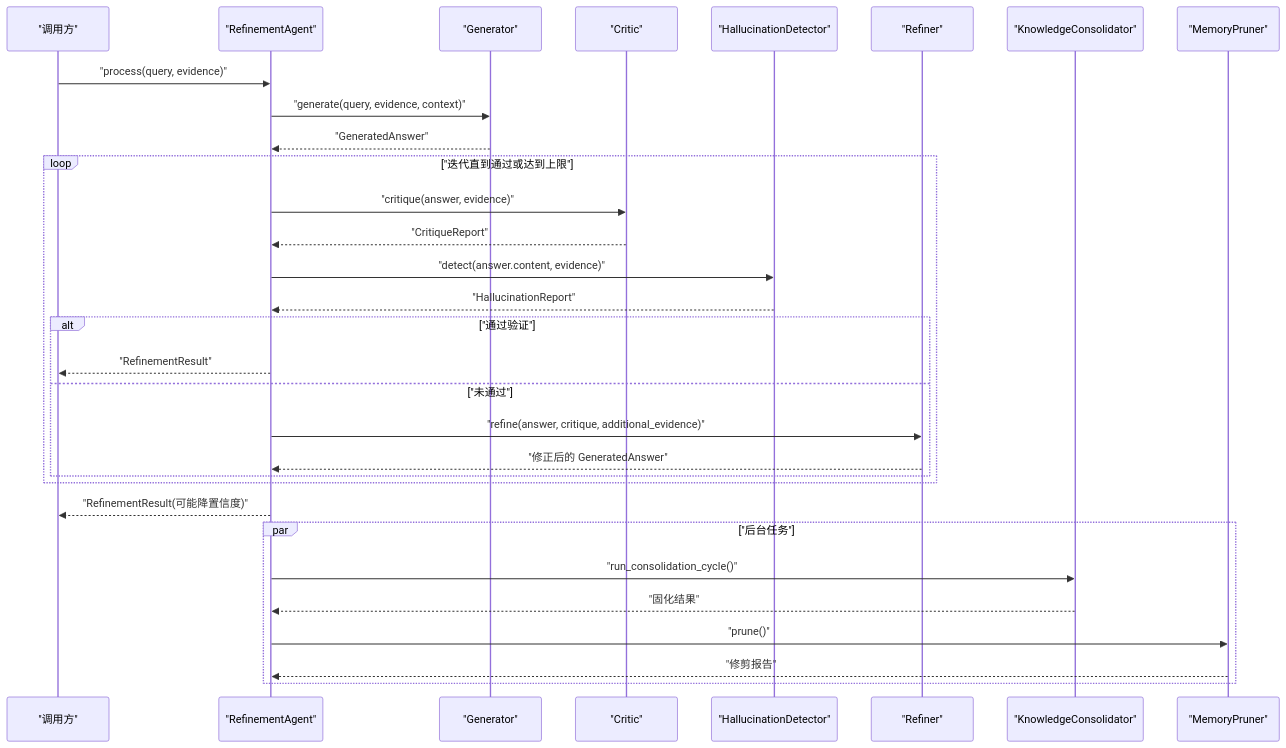
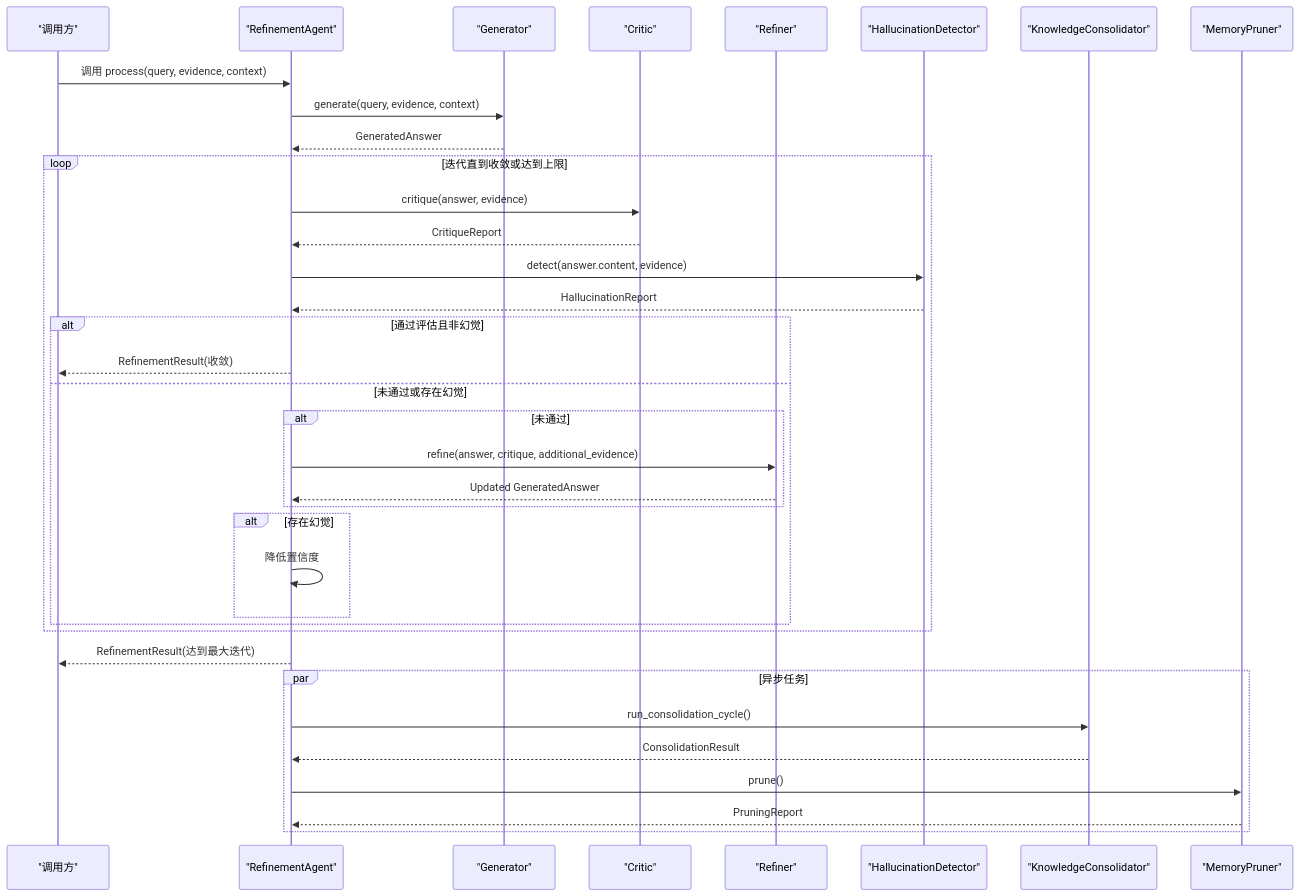
One commit to JieGaoPrinceton/NecoRAG changed the second of 5 diagrams in .qoder/repowiki/zh/content/巩固层模块/重构器组件.md. Above: the diagram before and after it, drawn with Mermaid. The commit also changed other lines of this file and 181 other files, not shown here.

````diff
--- a/.qoder/repowiki/zh/content/巩固层模块/重构器组件.md
+++ b/.qoder/repowiki/zh/content/巩固层模块/重构器组件.md
@@ -99,33 +104,38 @@
 ```mermaid
 sequenceDiagram
 participant U as "调用方"
 participant RA as "RefinementAgent"
-participant G as "Generator"
-participant C as "Critic"
-participant H as "HallucinationDetector"
-participant R as "Refiner"
-participant KC as "KnowledgeConsolidator"
-participant MP as "MemoryPruner"
-U->>RA : "process(query, evidence)"
-RA->>G : "generate(query, evidence, context)"
-G-->>RA : "GeneratedAnswer"
-loop "迭代直到通过或达到上限"
-RA->>C : "critique(answer, evidence)"
-C-->>RA : "CritiqueReport"
-RA->>H : "detect(answer.content, evidence)"
-H-->>RA : "HallucinationReport"
-alt "通过验证"
-RA-->>U : "RefinementResult"
-else "未通过"
-RA->>R : "refine(answer, critique, additional_evidence)"
-R-->>RA : "修正后的 GeneratedAnswer"
+participant GEN as "Generator"
+participant CRIT as "Critic"
+participant REF as "Refiner"
+participant HAL as "HallucinationDetector"
+participant CONS as "KnowledgeConsolidator"
+participant PRUNE as "MemoryPruner"
+U->>RA : 调用 process(query, evidence, context)
+RA->>GEN : generate(query, evidence, context)
+GEN-->>RA : GeneratedAnswer
+loop 迭代直到收敛或达到上限
+RA->>CRIT : critique(answer, evidence)
+CRIT-->>RA : CritiqueReport
+RA->>HAL : detect(answer.content, evidence)
+HAL-->>RA : HallucinationReport
+alt 通过评估且非幻觉
+RA-->>U : RefinementResult(收敛)
+else 未通过或存在幻觉
+alt 未通过
+RA->>REF : refine(answer, critique, additional_evidence)
+REF-->>RA : Updated GeneratedAnswer
+end
+alt 存在幻觉
+RA->>RA : 降低置信度
 end
 end
-RA-->>U : "RefinementResult(可能降置信度)"
-par "后台任务"
-RA->>KC : "run_consolidation_cycle()"
-KC-->>RA : "固化结果"
-RA->>MP : "prune()"
-MP-->>RA : "修剪报告"
+end
+RA-->>U : RefinementResult(达到最大迭代)
+par 异步任务
+RA->>CONS : run_consolidation_cycle()
+CONS-->>RA : ConsolidationResult
+RA->>PRUNE : prune()
+PRUNE-->>RA : PruningReport
 end
 ```
````
